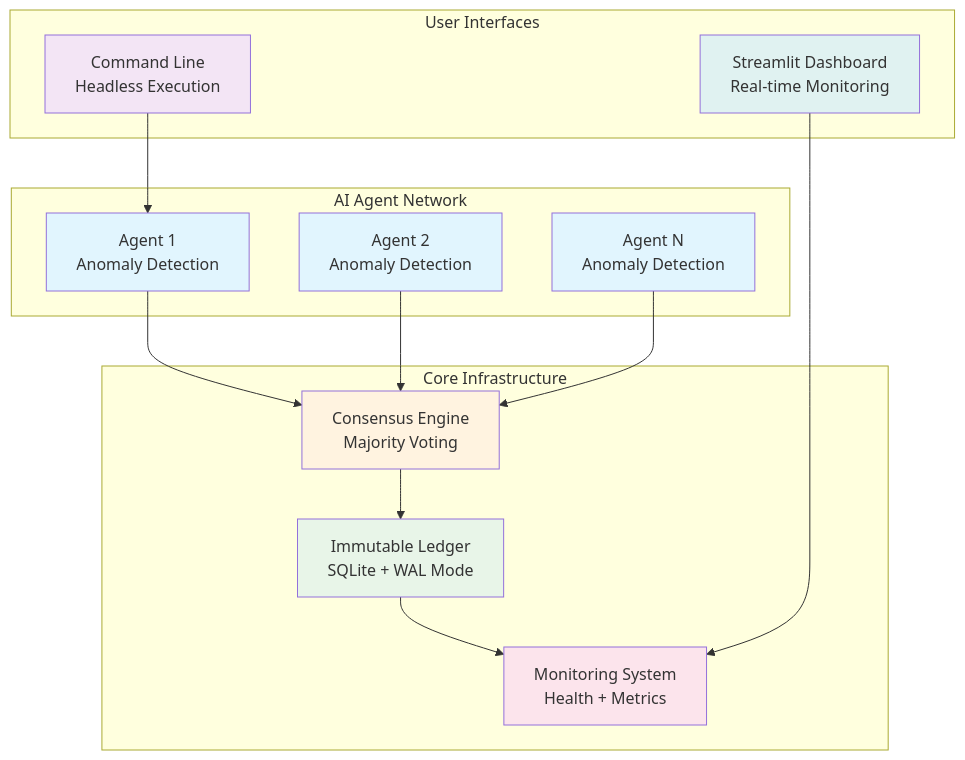
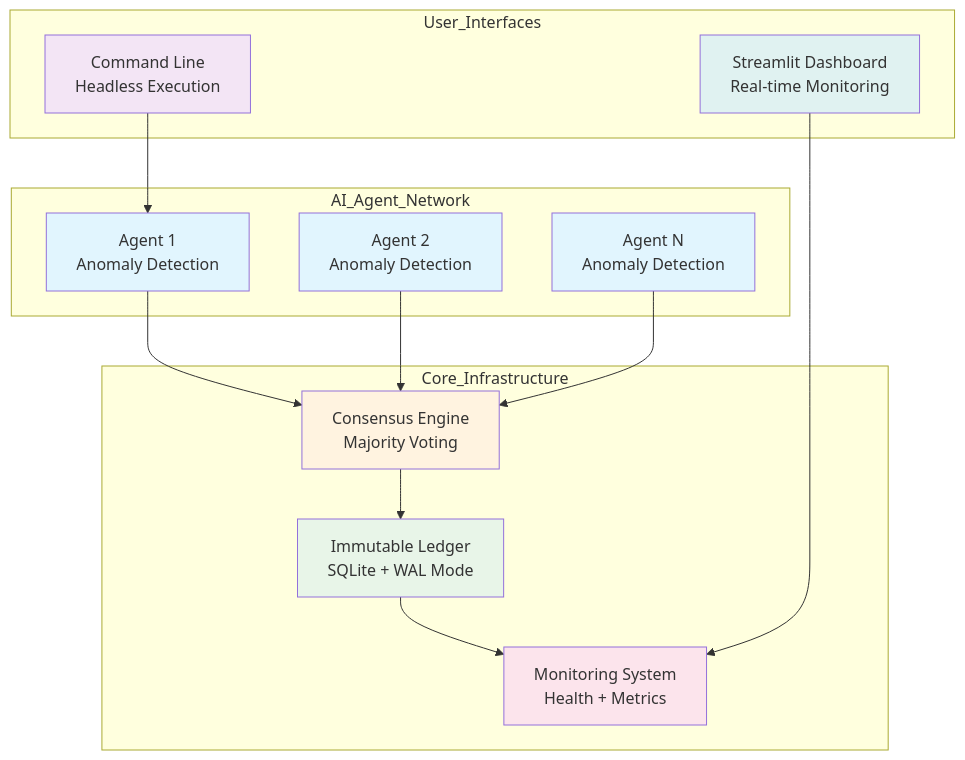
One commit to tanm-sys/build changed the second of 6 diagrams in README.md. Above: the diagram before and after it, drawn with Mermaid. The commit also changed other lines of this file and 5 other files, not shown here.

Commit message:
Fix Mermaid diagram parse errors in Markdown files (resolve LINK token issues on line 29 and others)

````diff
--- a/README.md
+++ b/README.md
@@ -381,36 +381,36 @@
 ```mermaid
 graph TB
-    subgraph "AI Agent Network"
+    subgraph "AI_Agent_Network"
         AGENT1[Agent 1<br/>Anomaly Detection]
         AGENT2[Agent 2<br/>Anomaly Detection]
         AGENT3[Agent N<br/>Anomaly Detection]
     end
 
-    subgraph "Core Infrastructure"
+    subgraph "Core_Infrastructure"
         CONSENSUS[Consensus Engine<br/>Majority Voting]
         LEDGER[Immutable Ledger<br/>SQLite + WAL Mode]
         MONITOR[Monitoring System<br/>Health + Metrics]
     end
 
-    subgraph "User Interfaces"
+    subgraph "User_Interfaces"
         CLI[Command Line<br/>Headless Execution]
         WEB[Streamlit Dashboard<br/>Real-time Monitoring]
     end
 
     AGENT1 --> CONSENSUS
     AGENT2 --> CONSENSUS
     AGENT3 --> CONSENSUS
     CONSENSUS --> LEDGER
     LEDGER --> MONITOR
     CLI --> AGENT1
     WEB --> MONITOR
 
     style AGENT1 fill:#e1f5fe
     style AGENT2 fill:#e1f5fe
     style AGENT3 fill:#e1f5fe
     style CONSENSUS fill:#fff3e0
     style LEDGER fill:#e8f5e8
     style MONITOR fill:#fce4ec
     style CLI fill:#f3e5f5
     style WEB fill:#e0f2f1
 ```
````
